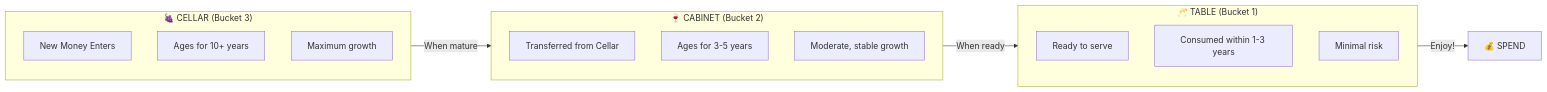
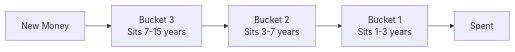
One commit to naren-m/literature-notes changed the fourth of 4 diagrams in finances/three_bucket_investment_strategy.md. Above: the diagram before and after it, drawn with Mermaid. The commit also changed other lines of this file, not shown here.

````diff
--- a/finances/three_bucket_investment_strategy.md
+++ b/finances/three_bucket_investment_strategy.md
@@ -626,24 +182,7 @@
 ```mermaid
 flowchart LR
-    subgraph CELLAR["🍇 CELLAR (Bucket 3)"]
-        W1["New Money Enters"]
-        W2["Ages for 10+ years"]
-        W3["Maximum growth"]
-    end
-    
-    subgraph CABINET["🍷 CABINET (Bucket 2)"]
-        W4["Transferred from Cellar"]
-        W5["Ages for 3-5 years"]
-        W6["Moderate, stable growth"]
-    end
-    
-    subgraph TABLE["🥂 TABLE (Bucket 1)"]
-        W7["Ready to serve"]
-        W8["Consumed within 1-3 years"]
-        W9["Minimal risk"]
-    end
-    
-    CELLAR -->|"When mature"| CABINET
-    CABINET -->|"When ready"| TABLE
-    TABLE -->|"Enjoy!"| DRINK["💰 SPEND"]
+    NEW["New Money"] --> B3["Bucket 3<br/>Sits 7-15 years"]
+    B3 --> B2["Bucket 2<br/>Sits 3-7 years"]
+    B2 --> B1["Bucket 1<br/>Sits 1-3 years"]
+    B1 --> OUT["Spent"]
 ```
````
